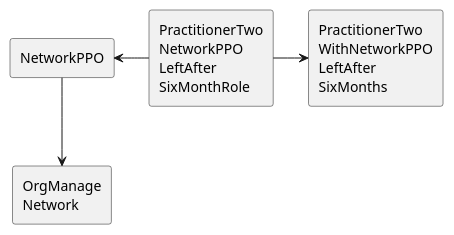
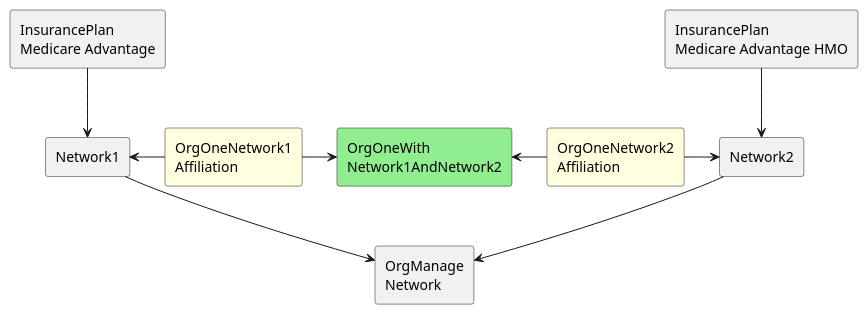
One commit to HL7/fhir-us-ndh changed the diagram in input/images-source/UsecaseRel2.plantuml. Above: the diagram before and after it, drawn with PlantUML. The commit also changed 9 other files, not shown here.

```diff
--- a/input/images-source/UsecaseRel2.plantuml
+++ b/input/images-source/UsecaseRel2.plantuml
@@ -1,12 +1,25 @@
 @startuml
 
-agent "NetworkPPO" as NetworkPPO
+agent "Network1" as Network1
+agent "Network2" as Network2
 agent "OrgManage\nNetwork" as OrgManageNetwork
-agent "PractitionerTwo\nWithNetworkPPO\nLeftAfter\nSixMonths" as PractitionerTwoWithNetworkPPOLeftAfterSixMonths
-agent "PractitionerTwo\nNetworkPPO\nLeftAfter\nSixMonthRole" as PractitionerTwoNetworkPPOLeftAfterSixMonthRole
+agent #LightGreen "OrgOneWith\nNetwork1AndNetwork2" as OrgOneWithNetwork1AndNetwork2
+agent #LightYellow "OrgOneNetwork1\nAffiliation" as OrgOneNetwork1Affiliation
+agent #LightYellow "OrgOneNetwork2\nAffiliation" as OrgOneNetwork2Affiliation
+agent "InsurancePlan\nMedicare Advantage" as InsurancePlanMedicareAdvantage
+agent "InsurancePlan\nMedicare Advantage HMO" as InsurancePlanMedicareAdvantageHMO
 
-PractitionerTwoNetworkPPOLeftAfterSixMonthRole -right-> PractitionerTwoWithNetworkPPOLeftAfterSixMonths
-PractitionerTwoNetworkPPOLeftAfterSixMonthRole -left-> NetworkPPO
-NetworkPPO -down-> OrgManageNetwork
+
+OrgOneNetwork1Affiliation -right-> OrgOneWithNetwork1AndNetwork2
+OrgOneNetwork1Affiliation -left-> Network1
+
+OrgOneNetwork2Affiliation -left-> OrgOneWithNetwork1AndNetwork2
+OrgOneNetwork2Affiliation -right-> Network2
+Network1 -down-> OrgManageNetwork
+Network2 -down-> OrgManageNetwork
+
+InsurancePlanMedicareAdvantage -down-> Network1
+InsurancePlanMedicareAdvantageHMO -down-> Network2
+
 
 @enduml
```
